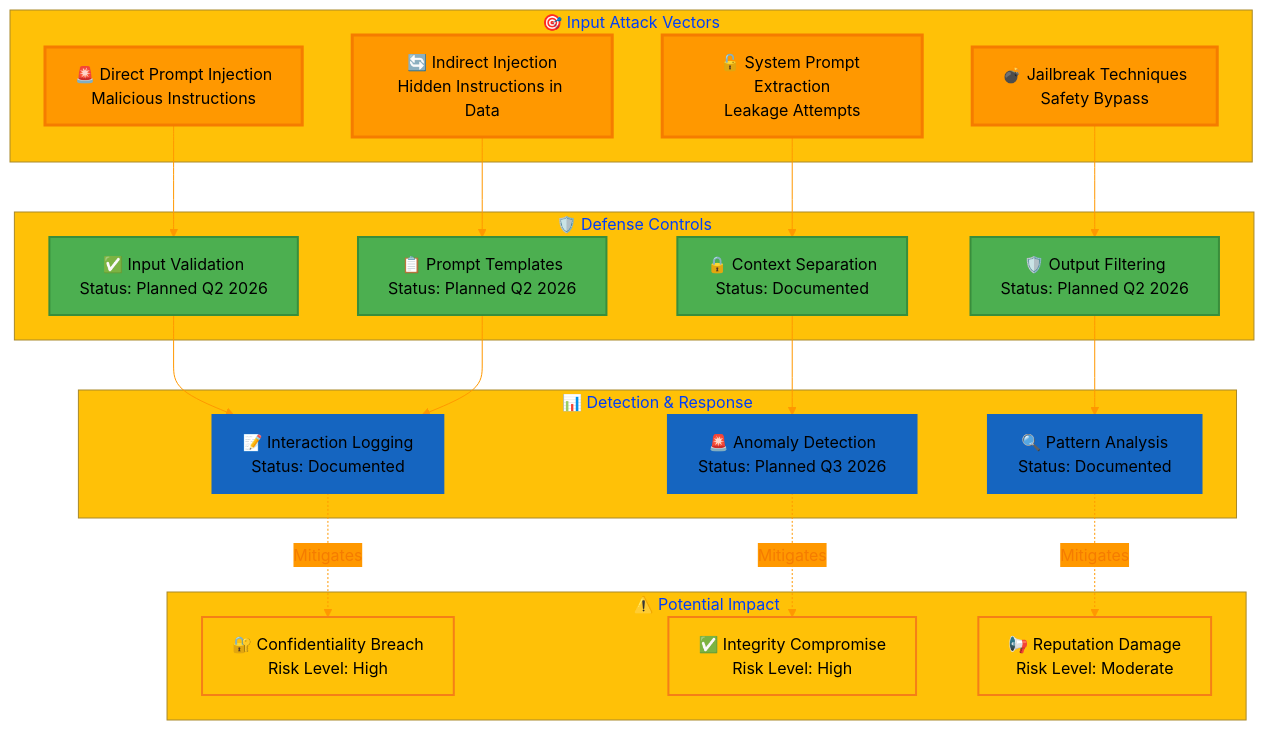
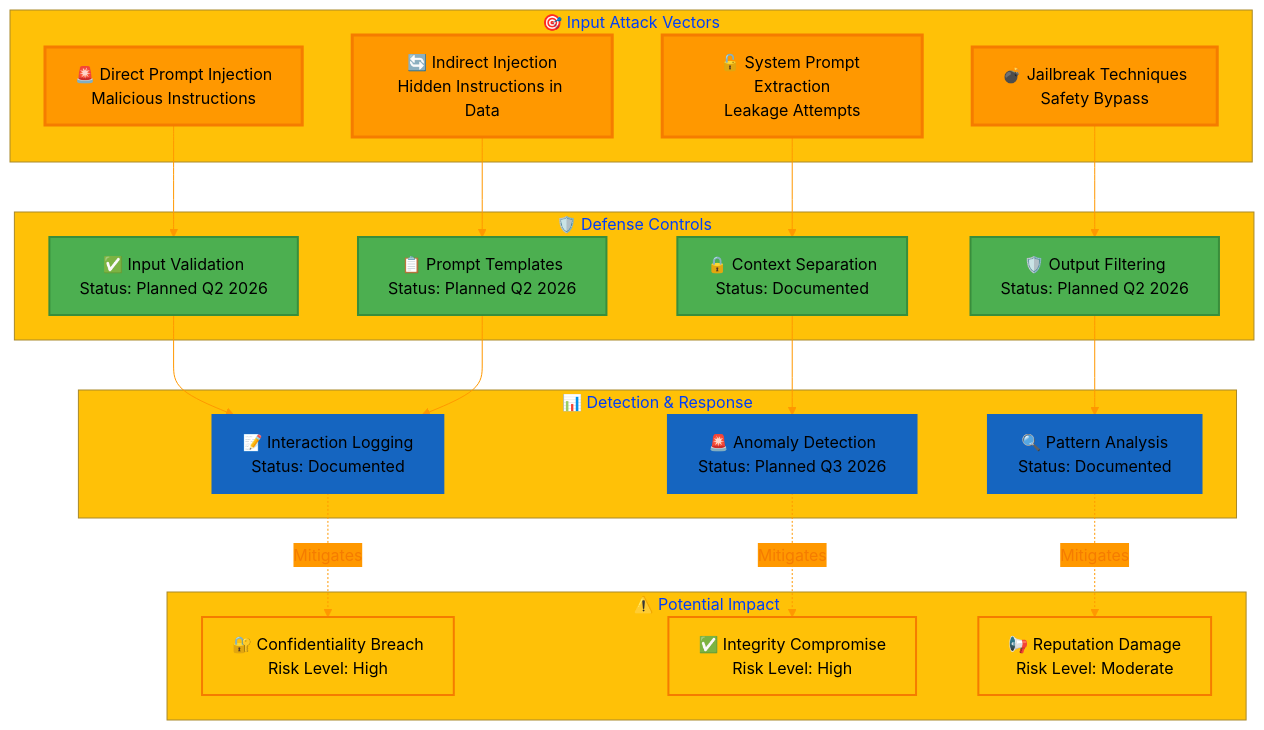
One commit to Hack23/ISMS-PUBLIC changed the seventh of 15 diagrams in OWASP_LLM_Security_Policy.md. Above: the diagram before and after it, drawn with Mermaid. The commit also changed other lines of this file and 18 other files, not shown here.

Commit message:
fix broken mermaid

````diff
--- a/OWASP_LLM_Security_Policy.md
+++ b/OWASP_LLM_Security_Policy.md
@@ -708,64 +708,64 @@
 ```mermaid
 %%{
   init: {
     'theme': 'base',
     'themeVariables': {
       'primaryColor': '#FF9800',
       'primaryTextColor': '#F57C00',
       'lineColor': '#ff9800',
       'secondaryColor': '#FF9800',
       'tertiaryColor': '#FFC107'
     }
   }
 }%%
 graph TB
     subgraph ATTACK["🎯 Input Attack Vectors"]
         A1[🚨 Direct Prompt Injection<br/>Malicious Instructions]
         A2[🔄 Indirect Injection<br/>Hidden Instructions in Data]
         A3[🔓 System Prompt Extraction<br/>Leakage Attempts]
         A4[💣 Jailbreak Techniques<br/>Safety Bypass]
     end
     
     subgraph CONTROLS["🛡️ Defense Controls"]
         C1[✅ Input Validation<br/>Status: Planned Q2 2026]
         C2[📋 Prompt Templates<br/>Status: Planned Q2 2026]
         C3[🔒 Context Separation<br/>Status: Documented]
         C4[🛡️ Output Filtering<br/>Status: Planned Q2 2026]
     end
     
     subgraph MONITORING["📊 Detection & Response"]
         M1[📝 Interaction Logging<br/>Status: Documented]
         M2[🚨 Anomaly Detection<br/>Status: Planned Q3 2026]
         M3[🔍 Pattern Analysis<br/>Status: Documented]
     end
     
     subgraph IMPACT["⚠️ Potential Impact"]
         I1[🔐 Confidentiality Breach<br/>Risk Level: High]
         I2[✅ Integrity Compromise<br/>Risk Level: High]
         I3[📢 Reputation Damage<br/>Risk Level: Moderate]
     end
     
     A1 --> C1
     A2 --> C2
     A3 --> C3
     A4 --> C4
     
     C1 --> M1
     C2 --> M1
     C3 --> M2
     C4 --> M3
     
     M1 -.Mitigates.-> I1
     M2 -.Mitigates.-> I2
     M3 -.Mitigates.-> I3
     
     classDef attack fill:#FF9800,stroke:#F57C00,stroke-width:3px,color:#000000
     classDef control fill:#4CAF50,stroke:#388e3c,stroke-width:2px,color:#000000
     classDef monitoring fill:#1565C0,stroke:#1565C0,stroke-width:2px,color:#000000
-    classDef impact fill:#FFC107,stroke:#f57f17,stroke-width:2px,color:#000000
+    classDef impact fill:#FFC107,stroke:#F57C00,stroke-width:2px,color:#000000
     
     class A1,A2,A3,A4 attack
     class C1,C2,C3,C4 control
     class M1,M2,M3 monitoring
     class I1,I2,I3 impact
 ```
````
